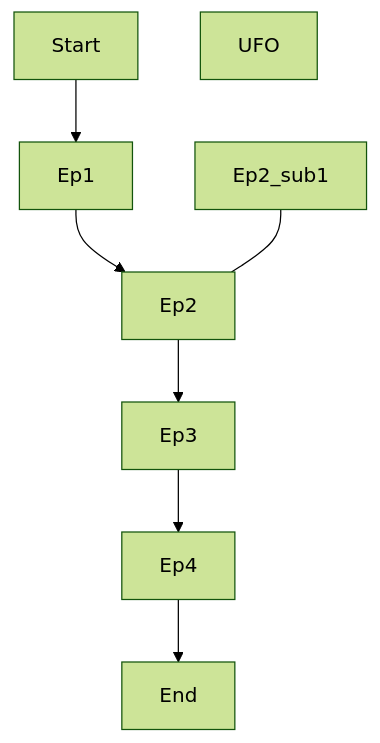
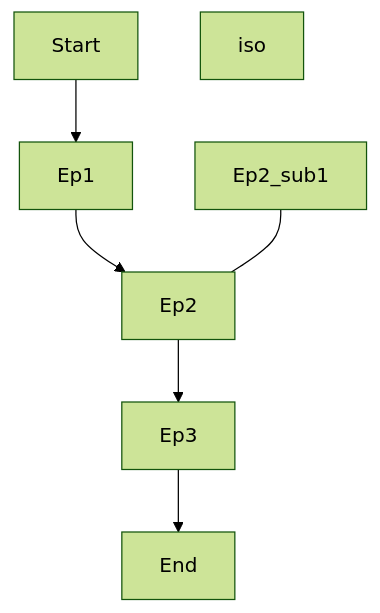
One commit to Pottal/JSON_Canvas_to_Markdown changed the first of 4 diagrams in README.md. Above: the diagram before and after it, drawn with Mermaid (forest theme). The commit also changed other lines of this file, not shown here.

````diff
--- a/README.md
+++ b/README.md
@@ -19,6 +19,6 @@
 ```mermaid
 flowchart TD
-    A[Start] --> B[Ep1] -->C[Ep2]-->D[Ep3]-->E[Ep4]-->F[End]
+    A[Start] --> B[Ep1] -->C[Ep2]-->D[Ep3]-->E[End]
     Csub[Ep2_sub1]---C
-    UFO
+    Z[iso]
 ```
````
